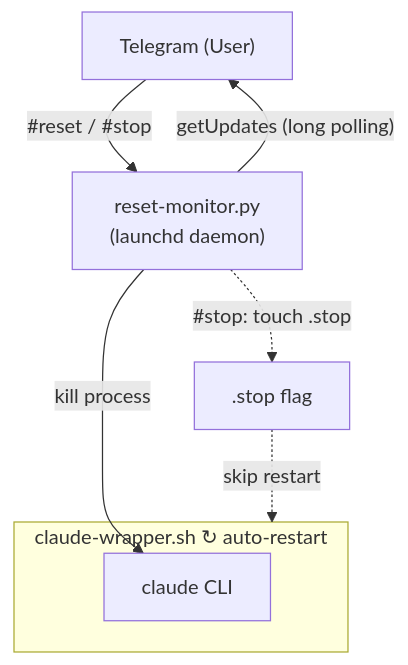
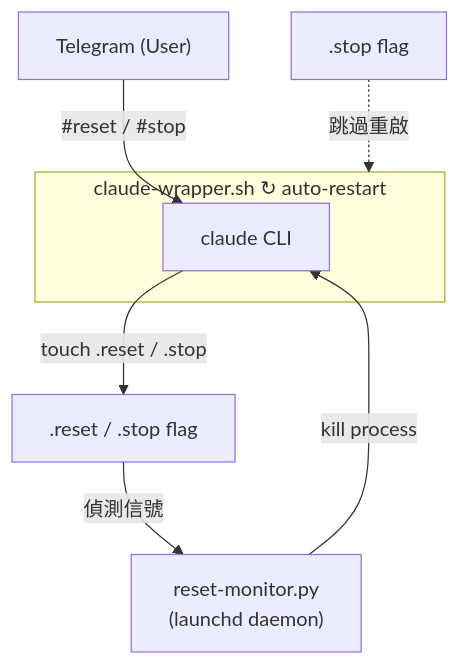
The diagram in README.zh-TW.md (robin-li/claude-tg-reset), drawn with Mermaid before and after one commit. The commit also changed other lines of this file and 5 other files, not shown here.

````diff
--- a/README.zh-TW.md
+++ b/README.zh-TW.md
@@ -23,16 +23,16 @@
 ```mermaid
 flowchart TB
     A["Telegram (User)"]
-    B["reset-monitor.py\n(launchd daemon)"]
 
-    A -- "#reset / #stop" --> B
-    B -- "getUpdates (long polling)" --> A
+    A -- "#reset / #stop" --> C
+
+    C -- "touch .reset / .stop" --> F[".reset / .stop flag"]
+    F -- "偵測信號" --> B["reset-monitor.py\n(launchd daemon)"]
 
     B -- "kill process" --> C
-    B -. "#stop: touch .stop" .-> S[".stop flag"]
-    S -. "skip restart" .-> wrapper
+    S[".stop flag"] -. "跳過重啟" .-> wrapper
 
     subgraph wrapper ["claude-wrapper.sh  ↻ auto-restart"]
         C["claude CLI"]
     end
 ```
````
